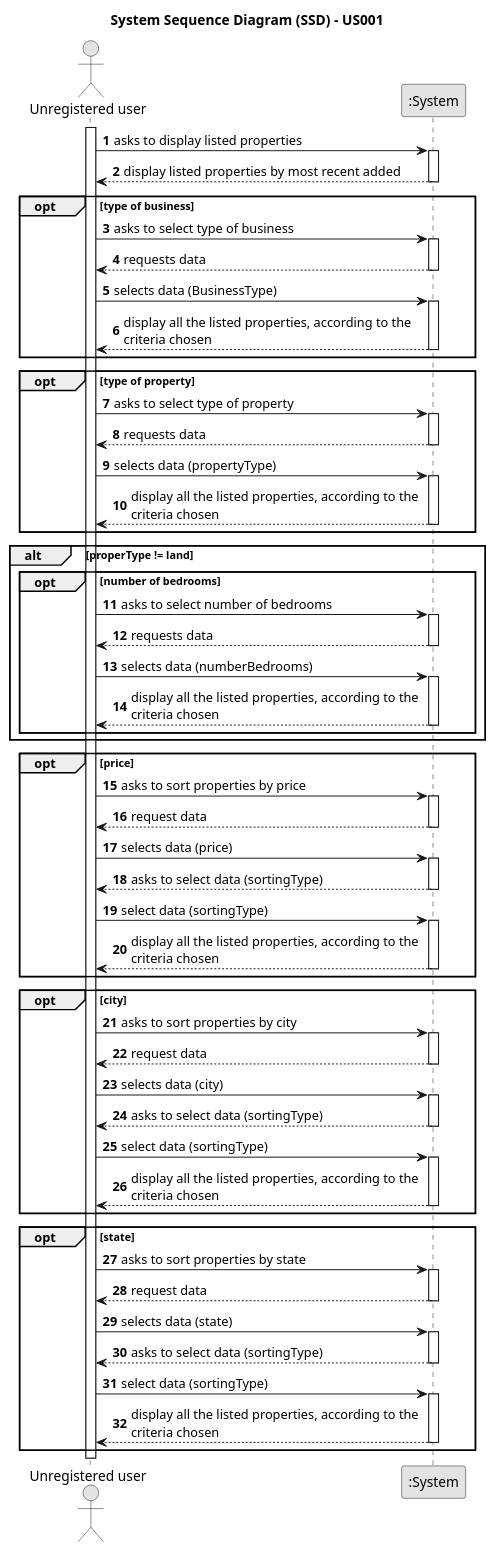
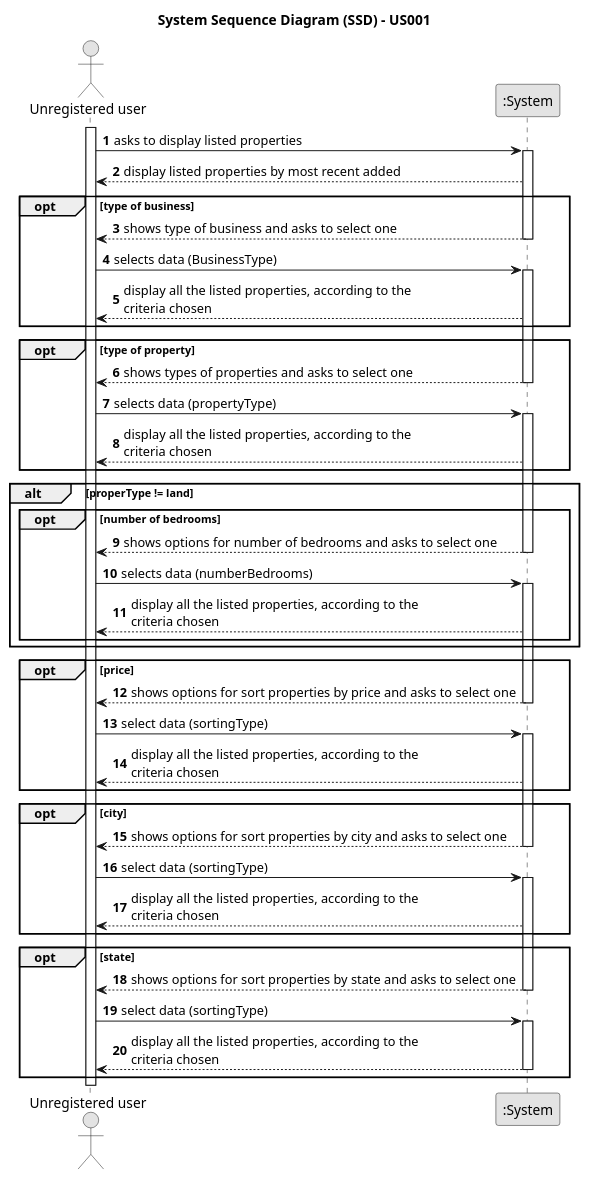
The diagram in docs/sprintB/us001/01.requirements-engineering/puml/us001-system-sequence-diagram.puml (rita-barbosa/LAPR2-2223), drawn with PlantUML before and after one commit. The commit also changed 1 other file, not shown here.

Commit message:
Update System Sequence Diagram [US001][Requirements Engineering].

```diff
--- a/docs/sprintB/us001/01.requirements-engineering/puml/us001-system-sequence-diagram.puml
+++ b/docs/sprintB/us001/01.requirements-engineering/puml/us001-system-sequence-diagram.puml
@@ -1,134 +1,91 @@
 @startuml
 skinparam monochrome true
 skinparam packageStyle rectangle
 skinparam shadowing false
 
 title System Sequence Diagram (SSD) - US001
 
 autonumber
 
 actor "Unregistered user" as User
 participant ":System" as System
 
 activate User
 
     User -> System : asks to display listed properties
     activate System
 
     System --> User : display listed properties by most recent added
-    deactivate System
 
     opt type of business
-
-        User -> System : asks to select type of business
-        activate System
-
-        System --> User : requests data
+        System --> User : shows type of business and asks to select one
         deactivate System
 
         User -> System : selects data (BusinessType)
         activate System
 
         System --> User : display all the listed properties, according to the \ncriteria chosen
-        deactivate System
+
     end
 
-
     opt type of property
-
-        User -> System : asks to select type of property
-        activate System
-
-        System --> User : requests data
+        System --> User : shows types of properties and asks to select one
         deactivate System
 
         User -> System : selects data (propertyType)
         activate System
 
         System --> User : display all the listed properties, according to the \ncriteria chosen
-        deactivate System
 
     end
 
     alt properType != land
 
         opt number of bedrooms
-            User -> System : asks to select number of bedrooms
-            activate System
-
-            System --> User : requests data
+            System --> User : shows options for number of bedrooms and asks to select one
             deactivate System
 
             User -> System : selects data (numberBedrooms)
             activate System
 
             System --> User : display all the listed properties, according to the \ncriteria chosen
-            deactivate System
 
         end
 
     end
 
     opt price
-
-        User -> System : asks to sort properties by price
-        activate System
-
-        System --> User : request data
-        deactivate System
-
-        User -> System : selects data (price)
-        activate System
-
-        System --> User :  asks to select data (sortingType)
+        System --> User : shows options for sort properties by price and asks to select one
         deactivate System
 
         User -> System : select data (sortingType)
         activate System
 
         System --> User : display all the listed properties, according to the \ncriteria chosen
-        deactivate System
+
     end
 
     opt city
-        User -> System : asks to sort properties by city
-        activate System
-
-        System --> User : request data
-        deactivate System
-
-        User -> System : selects data (city)
-        activate System
-
-        System --> User :  asks to select data (sortingType)
+        System --> User : shows options for sort properties by city and asks to select one
         deactivate System
 
         User -> System : select data (sortingType)
         activate System
 
         System --> User : display all the listed properties, according to the \ncriteria chosen
-        deactivate System
+
     end
 
     opt state
-        User -> System : asks to sort properties by state
-        activate System
-
-        System --> User : request data
-        deactivate System
-
-        User -> System : selects data (state)
-        activate System
-
-        System --> User :  asks to select data (sortingType)
+        System --> User :  shows options for sort properties by state and asks to select one
         deactivate System
 
         User -> System : select data (sortingType)
         activate System
 
         System --> User : display all the listed properties, according to the \ncriteria chosen
         deactivate System
     end
 
 
 @enduml
```
